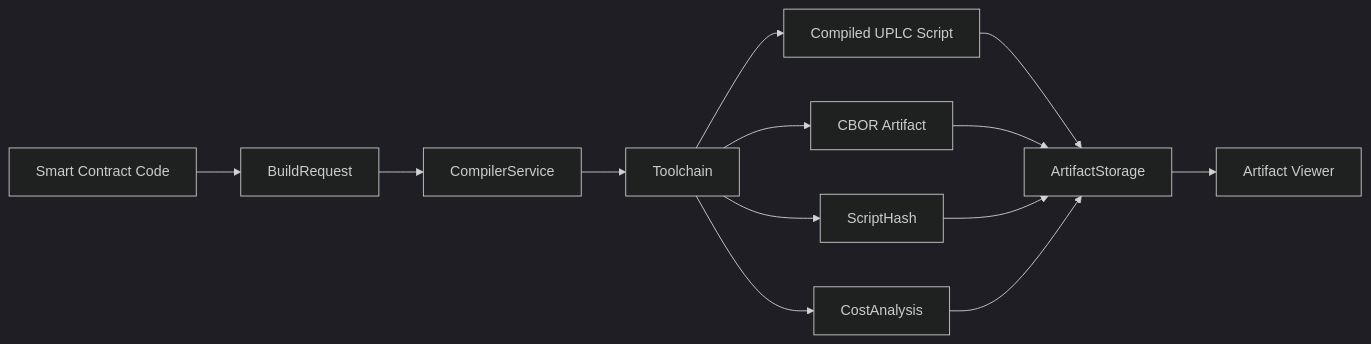
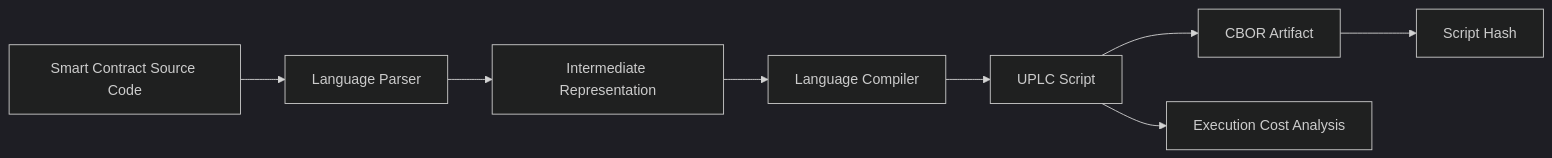
The third of 10 diagrams in Requirements/Architecture diagram.md (Daniella-Kamana/plutus-playground), drawn with Mermaid (dark theme) before and after one commit. The commit also changed other lines of this file, not shown here.

First line of the commit message:
Revise architecture and workflow diagrams

````diff
--- a/Requirements/Architecture diagram.md
+++ b/Requirements/Architecture diagram.md
@@ -140,23 +136,27 @@
 ```mermaid
 flowchart LR
 
-EditorCode[Smart Contract Code]
+Source[Smart Contract Source Code]
 
-EditorCode --> BuildRequest
+Parser[Language Parser]
 
-BuildRequest --> CompilerService
+IR[Intermediate Representation]
 
-CompilerService --> Toolchain
+Compiler[Language Compiler]
 
-Toolchain --> UPLC[Compiled UPLC Script]
-Toolchain --> CBOR[CBOR Artifact]
-Toolchain --> ScriptHash
-Toolchain --> CostAnalysis
+UPLC[UPLC Script]
 
-UPLC --> ArtifactStorage
-CBOR --> ArtifactStorage
-ScriptHash --> ArtifactStorage
-CostAnalysis --> ArtifactStorage
+CBOR[CBOR Artifact]
 
-ArtifactStorage --> IDEArtifacts[Artifact Viewer]
+Hash[Script Hash]
+
+Cost[Execution Cost Analysis]
+
+Source --> Parser
+Parser --> IR
+IR --> Compiler
+Compiler --> UPLC
+UPLC --> CBOR
+CBOR --> Hash
+UPLC --> Cost
 ```
````
